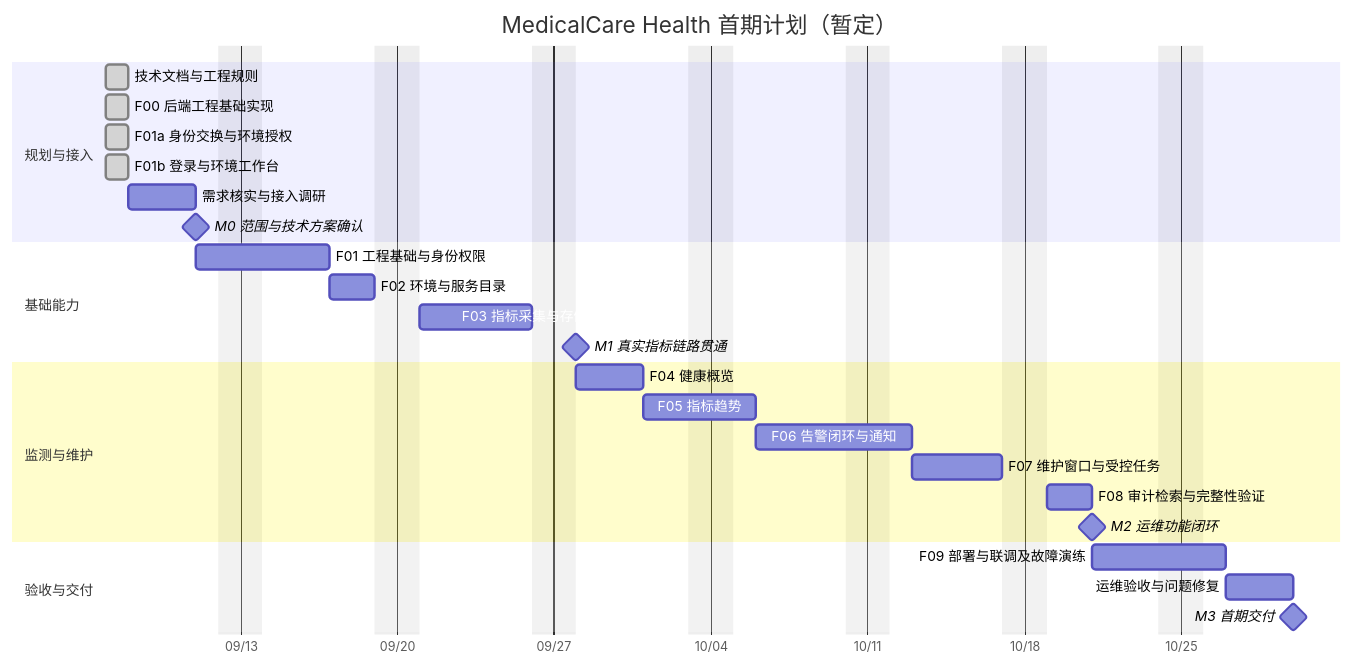
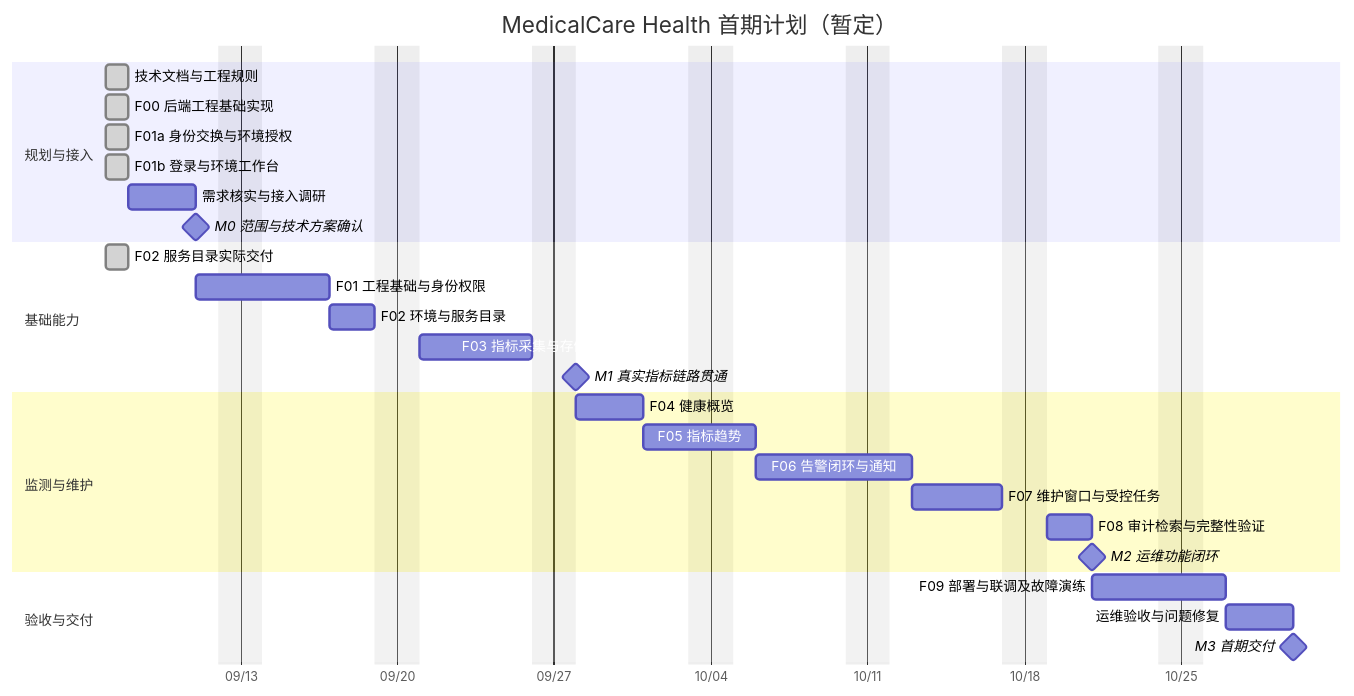
One commit to lafie-s/MedicalCare_Health changed the diagram in docs/project-plan.md. Above: the diagram before and after it, drawn with Mermaid. The commit also changed other lines of this file and 20 other files, not shown here.

````diff
--- a/docs/project-plan.md
+++ b/docs/project-plan.md
@@ -13,30 +13,31 @@
 ```mermaid
 gantt
     title MedicalCare Health 首期计划（暂定）
     dateFormat YYYY-MM-DD
     axisFormat %m/%d
     excludes weekends
     section 规划与接入
     技术文档与工程规则              :done, docs, 2026-09-07, 1d
     F00 后端工程基础实现           :done, f00, 2026-09-07, 1d
     F01a 身份交换与环境授权        :done, f01a, 2026-09-07, 1d
     F01b 登录与环境工作台          :done, f01b, 2026-09-07, 1d
     需求核实与接入调研              :a0, 2026-09-08, 3d
     M0 范围与技术方案确认           :milestone, m0, after a0, 0d
     section 基础能力
+    F02 服务目录实际交付           :done, f02actual, 2026-09-07, 1d
     F01 工程基础与身份权限          :a1, after m0, 4d
     F02 环境与服务目录              :a2, after a1, 2d
     F03 指标采集与存储接入          :a3, after a2, 5d
     M1 真实指标链路贯通             :milestone, m1, after a3, 0d
     section 监测与维护
     F04 健康概览                   :a4, after m1, 3d
     F05 指标趋势                   :a5, after a4, 3d
     F06 告警闭环与通知              :a6, after a5, 5d
     F07 维护窗口与受控任务          :a7, after a6, 4d
     F08 审计检索与完整性验证        :a8, after a7, 2d
     M2 运维功能闭环                :milestone, m2, after a8, 0d
     section 验收与交付
     F09 部署与联调及故障演练        :a9, after m2, 4d
     运维验收与问题修复              :a10, after a9, 3d
     M3 首期交付                    :milestone, m3, after a10, 0d
 ```
````
